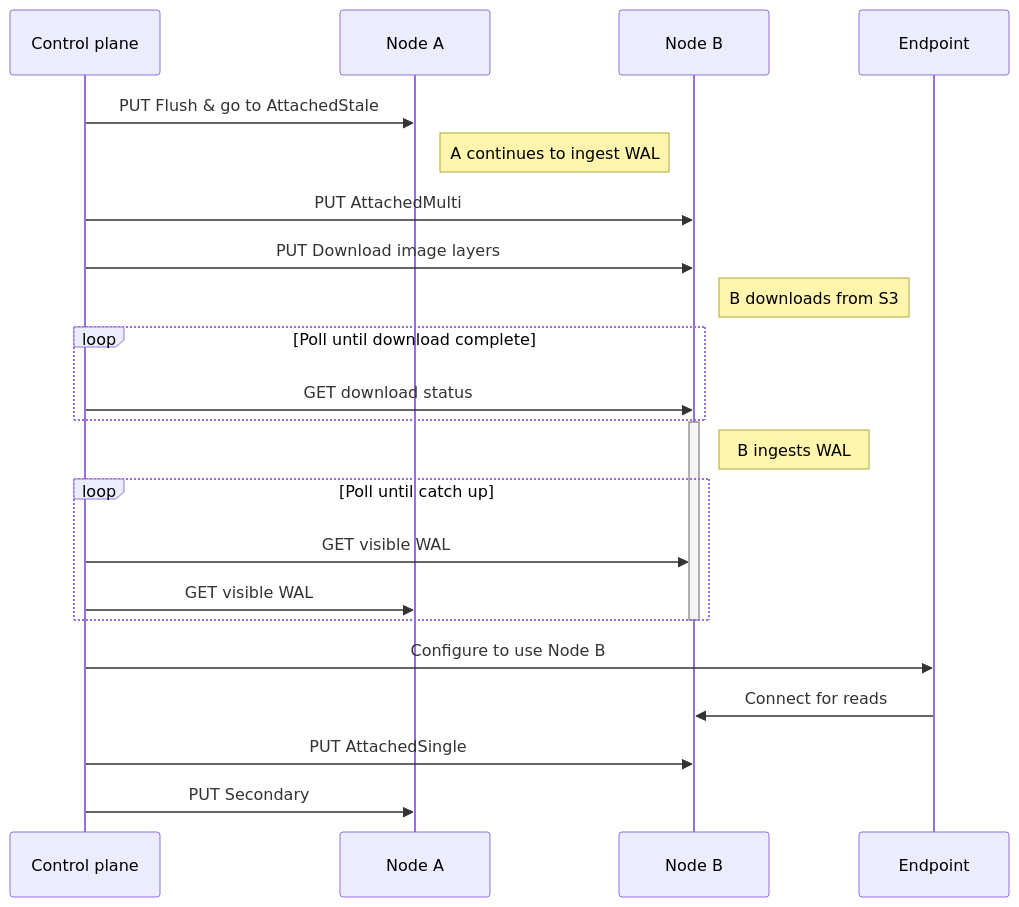
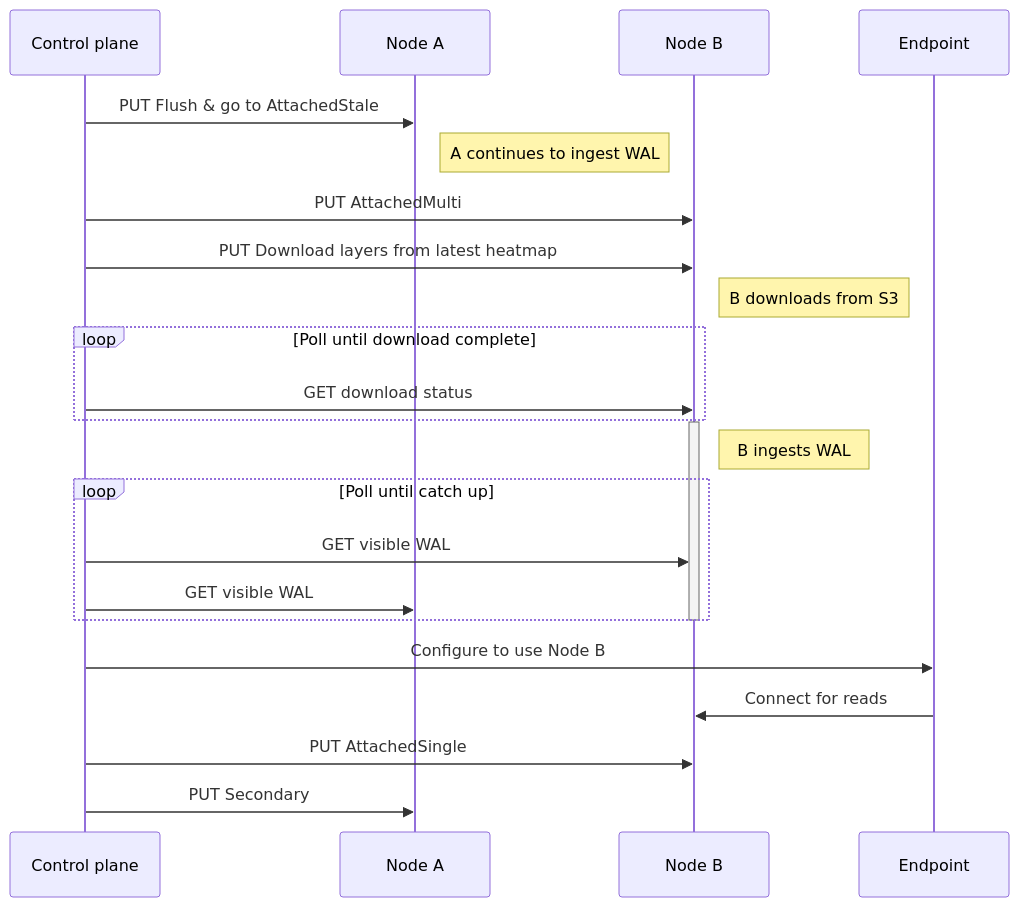
The first of 2 diagrams in docs/rfcs/028-pageserver-migration.md (neondatabase/neon), drawn with Mermaid before and after one commit. The commit also changed other lines of this file, not shown here.

Commit message:
Align cutover downloads with heatmap

````diff
--- a/docs/rfcs/028-pageserver-migration.md
+++ b/docs/rfcs/028-pageserver-migration.md
@@ -207,27 +208,27 @@
 ```mermaid
 sequenceDiagram
 participant CP as Control plane
 participant A as Node A
 participant B as Node B
 participant E as Endpoint
 
 CP->>A: PUT Flush & go to AttachedStale
 note right of A: A continues to ingest WAL
 CP->>B: PUT AttachedMulti
-CP->>B: PUT Download image layers
+CP->>B: PUT Download layers from latest heatmap
 note right of B: B downloads from S3
 loop Poll until download complete
 CP->>B: GET download status
 end
 activate B
 note right of B: B ingests WAL
 loop Poll until catch up
 CP->>B: GET visible WAL
 CP->>A: GET visible WAL
 end
 deactivate B
 CP->>E: Configure to use Node B
 E->>B: Connect for reads
 CP->>B: PUT AttachedSingle
 CP->>A: PUT Secondary
 ```
````
